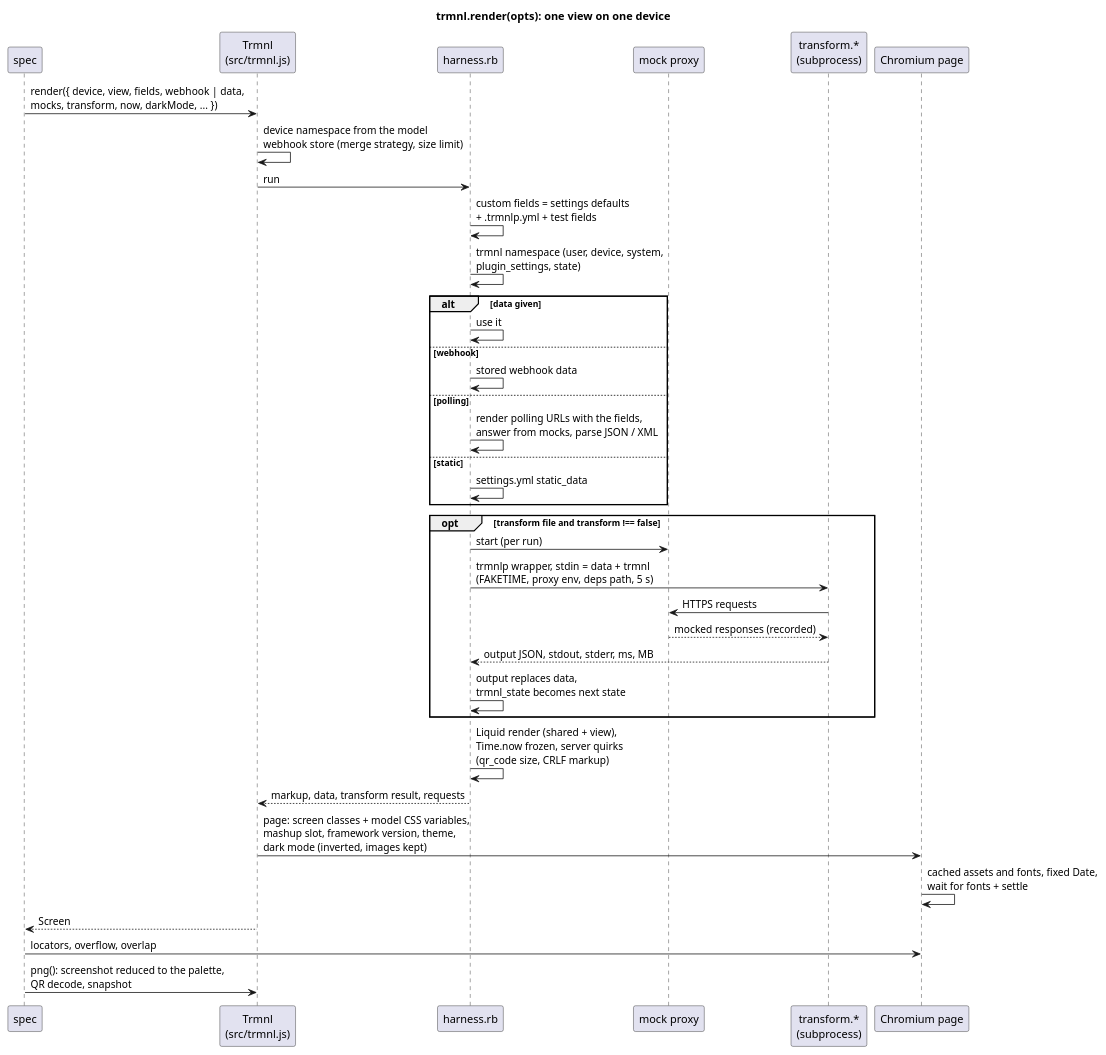
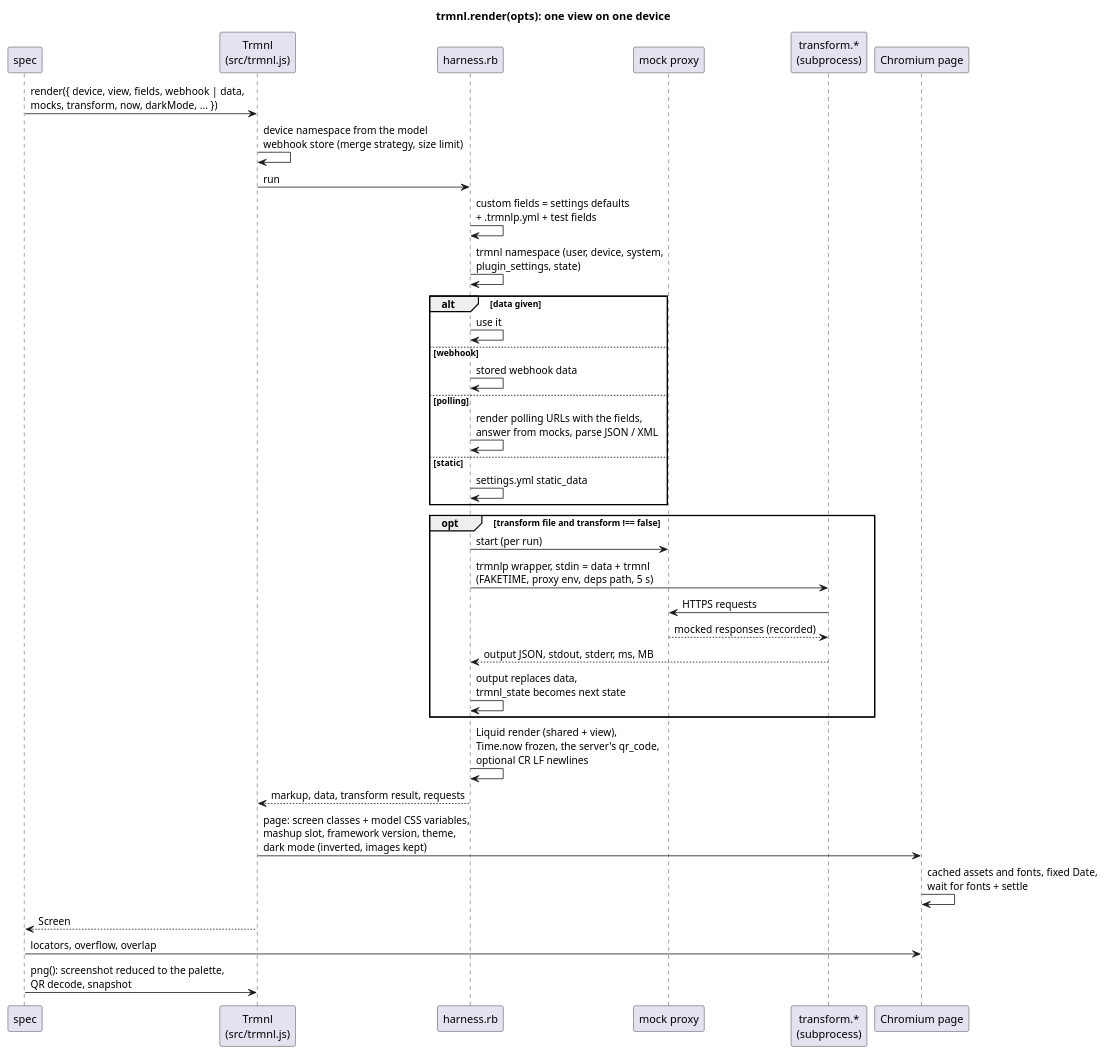
One commit to ExcuseMi/trmnlp-test changed the diagram in docs/render.puml. Above: the diagram before and after it, drawn with PlantUML. The commit also changed 12 other files, not shown here.

First line of the commit message:
qr_code as TRMNL's server returns it by default; crlf on its own

```diff
--- a/docs/render.puml
+++ b/docs/render.puml
@@ -1,42 +1,42 @@
 @startuml render
 title trmnl.render(opts): one view on one device
 skinparam shadowing false
 skinparam sequenceMessageAlign left
 
 participant "spec" as spec
 participant "Trmnl\n(src/trmnl.js)" as t
 participant "harness.rb" as h
 participant "mock proxy" as p
 participant "transform.*\n(subprocess)" as tx
 participant "Chromium page" as c
 
 spec -> t : render({ device, view, fields, webhook | data,\nmocks, transform, now, darkMode, ... })
 t -> t : device namespace from the model\nwebhook store (merge strategy, size limit)
 t -> h : run
 h -> h : custom fields = settings defaults\n+ .trmnlp.yml + test fields
 h -> h : trmnl namespace (user, device, system,\nplugin_settings, state)
 alt data given
   h -> h : use it
 else webhook
   h -> h : stored webhook data
 else polling
   h -> h : render polling URLs with the fields,\nanswer from mocks, parse JSON / XML
 else static
   h -> h : settings.yml static_data
 end
 opt transform file and transform !== false
   h -> p : start (per run)
   h -> tx : trmnlp wrapper, stdin = data + trmnl\n(FAKETIME, proxy env, deps path, 5 s)
   tx -> p : HTTPS requests
   p --> tx : mocked responses (recorded)
   tx --> h : output JSON, stdout, stderr, ms, MB
   h -> h : output replaces data,\ntrmnl_state becomes next state
 end
-h -> h : Liquid render (shared + view),\nTime.now frozen, server quirks\n(qr_code size, CRLF markup)
+h -> h : Liquid render (shared + view),\nTime.now frozen, the server's qr_code,\noptional CR LF newlines
 h --> t : markup, data, transform result, requests
 t -> c : page: screen classes + model CSS variables,\nmashup slot, framework version, theme,\ndark mode (inverted, images kept)
 c -> c : cached assets and fonts, fixed Date,\nwait for fonts + settle
 t --> spec : Screen
 spec -> c : locators, overflow, overlap
 spec -> t : png(): screenshot reduced to the palette,\nQR decode, snapshot
 @enduml
```
